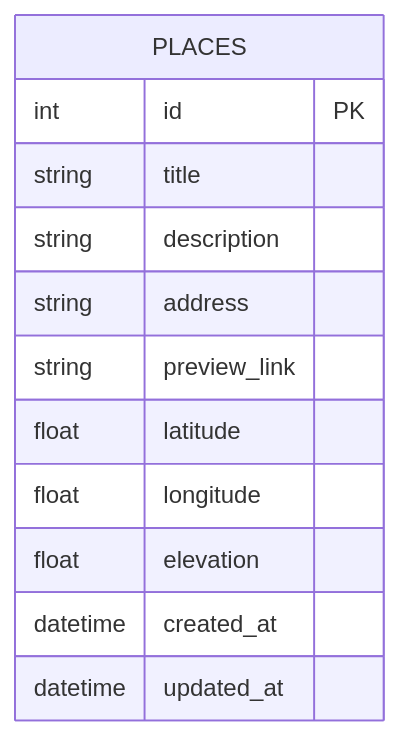
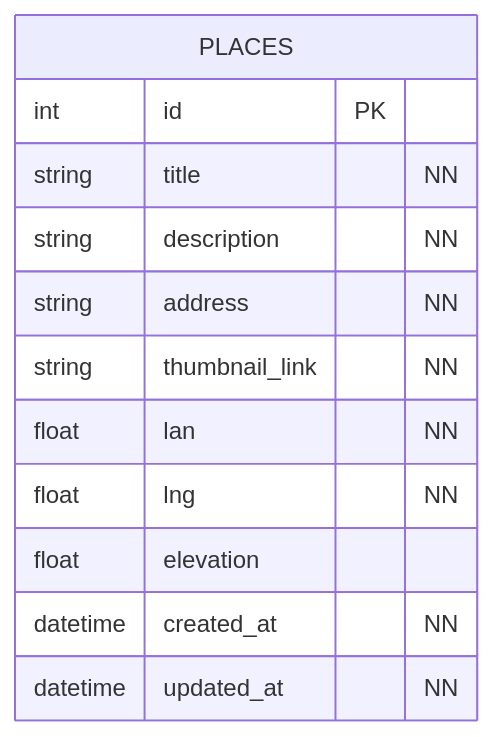
Before and after one commit to luiqor/krokwalk: the diagram in readme.md, drawn with Mermaid.

Commit message:
correct mermaid er diagram

````diff
--- a/readme.md
+++ b/readme.md
@@ -5,15 +5,15 @@
 ```mermaid
 erDiagram
     PLACES {
         int id PK
-        string title
-        string description
-        string address
-        string preview_link
-        float latitude
-        float longitude
+        string title "NN"
+        string description "NN"
+        string address "NN"
+        string thumbnail_link "NN"
+        float lan "NN"
+        float lng "NN"
         float elevation
-        datetime created_at
-        datetime updated_at
+        datetime created_at "NN"
+        datetime updated_at "NN"
     }
 ```
````
